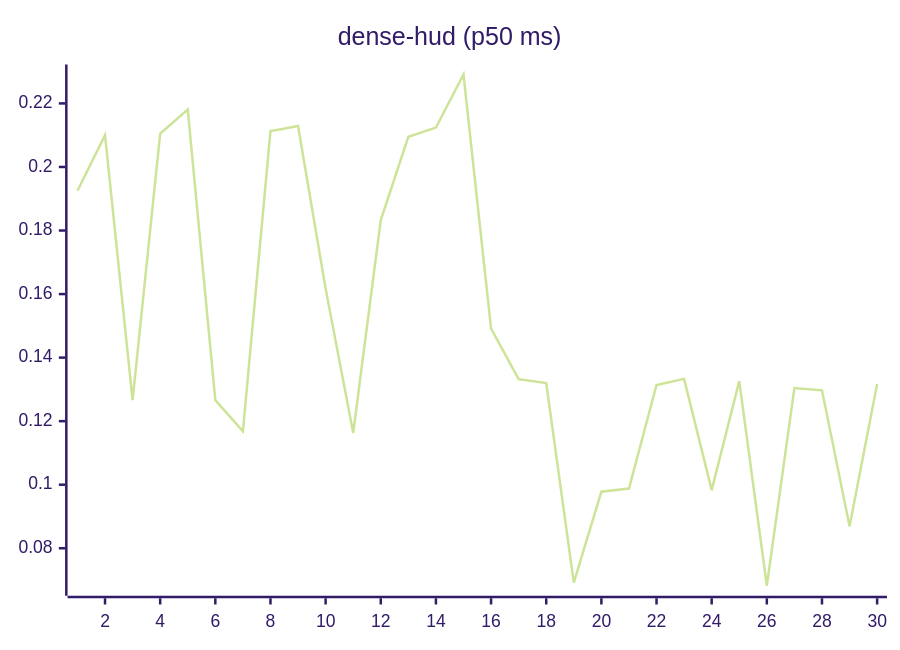
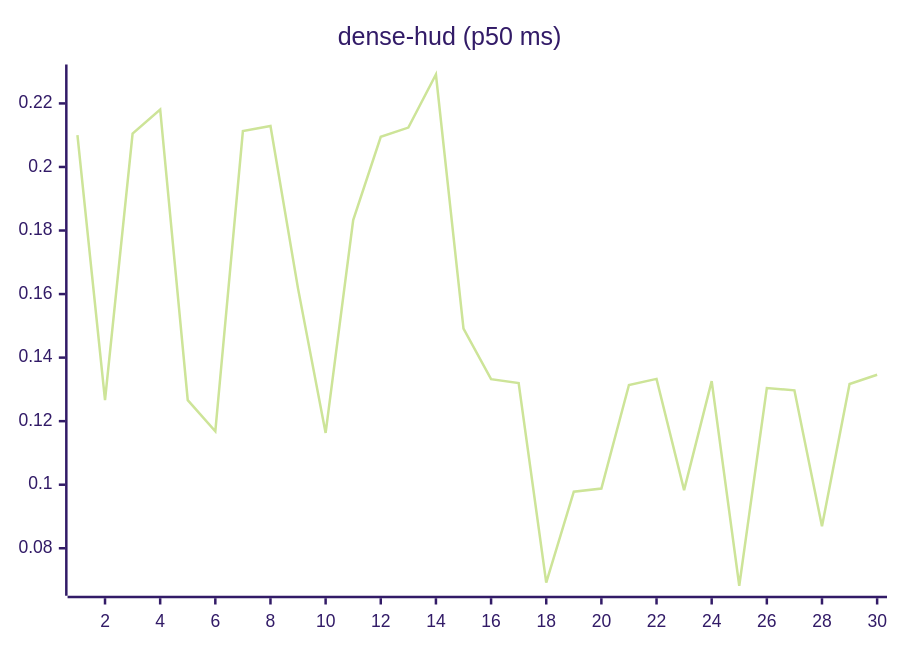
The eighth of 27 diagrams in README.md (josha/Facet), drawn with Mermaid (forest theme) before and after one commit. The commit also changed other lines of this file and 2 other files, not shown here.

````diff
--- a/README.md
+++ b/README.md
@@ -112,6 +112,6 @@
 ```mermaid
 xychart-beta
     title "dense-hud (p50 ms)"
     x-axis 1 --> 30
-    line [0.1925, 0.2100, 0.1266, 0.2105, 0.2181, 0.1266, 0.1168, 0.2113, 0.2129, 0.1617, 0.1163, 0.1833, 0.2095, 0.2124, 0.2291, 0.1491, 0.1332, 0.1320, 0.0692, 0.0978, 0.0988, 0.1314, 0.1333, 0.0983, 0.1326, 0.0682, 0.1304, 0.1297, 0.0869, 0.1317]
+    line [0.2100, 0.1266, 0.2105, 0.2181, 0.1266, 0.1168, 0.2113, 0.2129, 0.1617, 0.1163, 0.1833, 0.2095, 0.2124, 0.2291, 0.1491, 0.1332, 0.1320, 0.0692, 0.0978, 0.0988, 0.1314, 0.1333, 0.0983, 0.1326, 0.0682, 0.1304, 0.1297, 0.0869, 0.1317, 0.1346]
 ```
````
